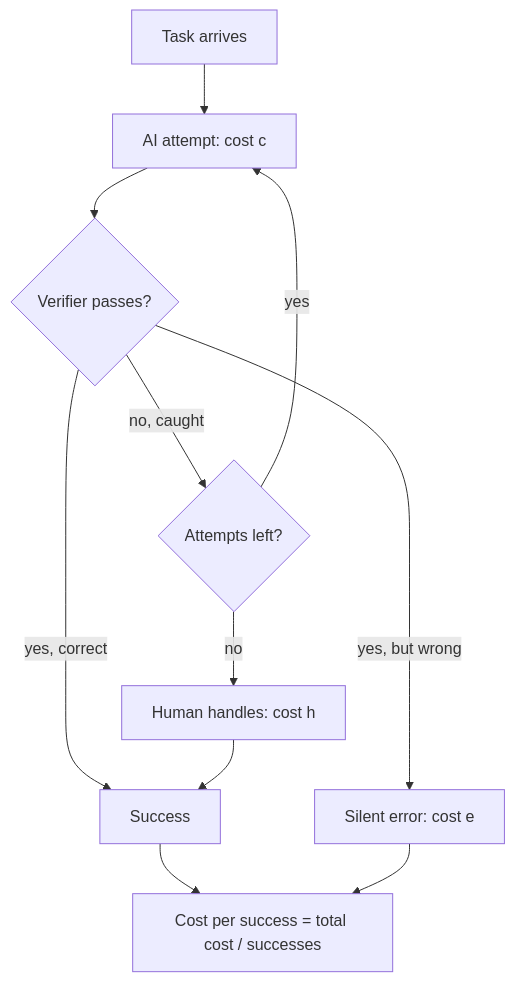
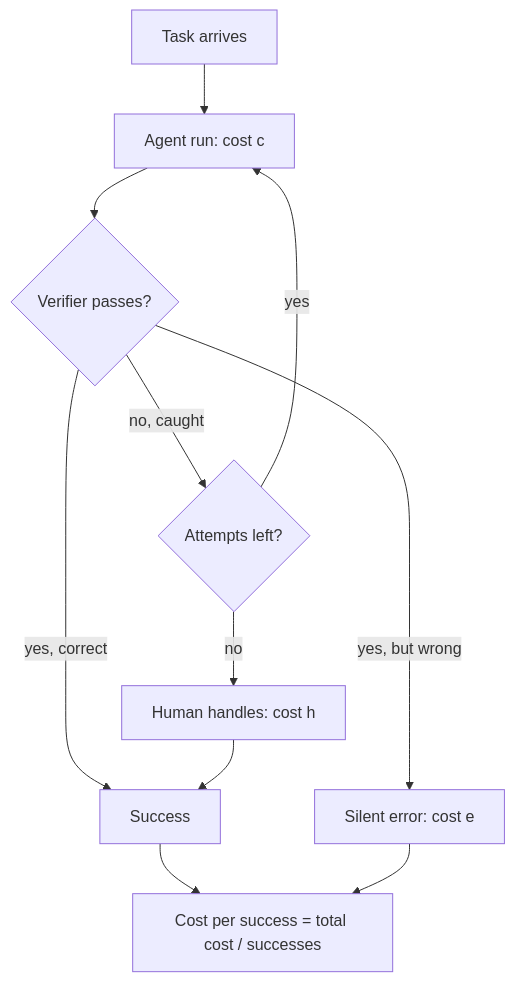
One commit to lovishmahajan97/agentic-learning changed the diagram in content/infra-capacity-economics/unit-economics-per-successful-task.md. Above: the diagram before and after it, drawn with Mermaid. The commit also changed other lines of this file and 485 other files, not shown here.

````diff
--- a/content/infra-capacity-economics/unit-economics-per-successful-task.md
+++ b/content/infra-capacity-economics/unit-economics-per-successful-task.md
@@ -91,13 +106,13 @@
 ```mermaid
 flowchart TD
-    T["Task arrives"] --> A["AI attempt: cost c"]
+    T["Task arrives"] --> A["Agent run: cost c"]
     A --> V{"Verifier passes?"}
     V -->|"yes, correct"| S["Success"]
     V -->|"yes, but wrong"| E["Silent error: cost e"]
     V -->|"no, caught"| K{"Attempts left?"}
     K -->|"yes"| A
     K -->|"no"| H["Human handles: cost h"]
     H --> S
     S --> R["Cost per success = total cost / successes"]
     E --> R
 ```
````
